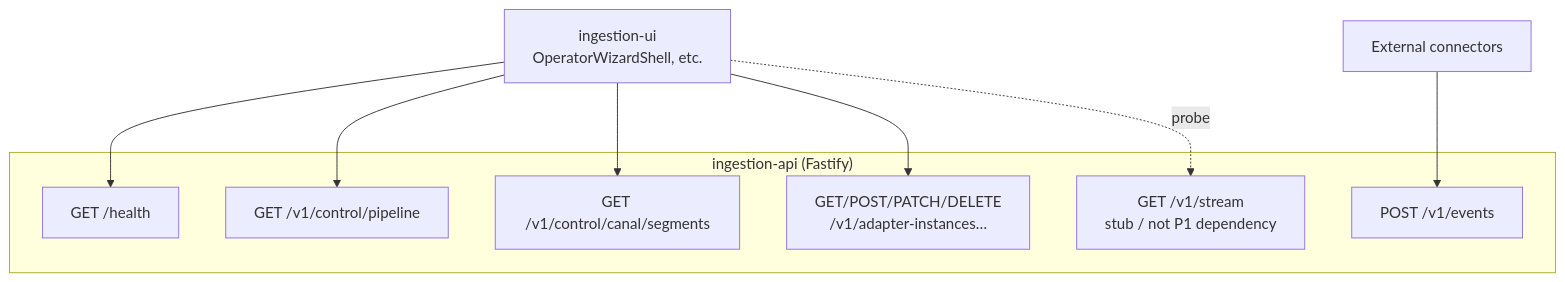
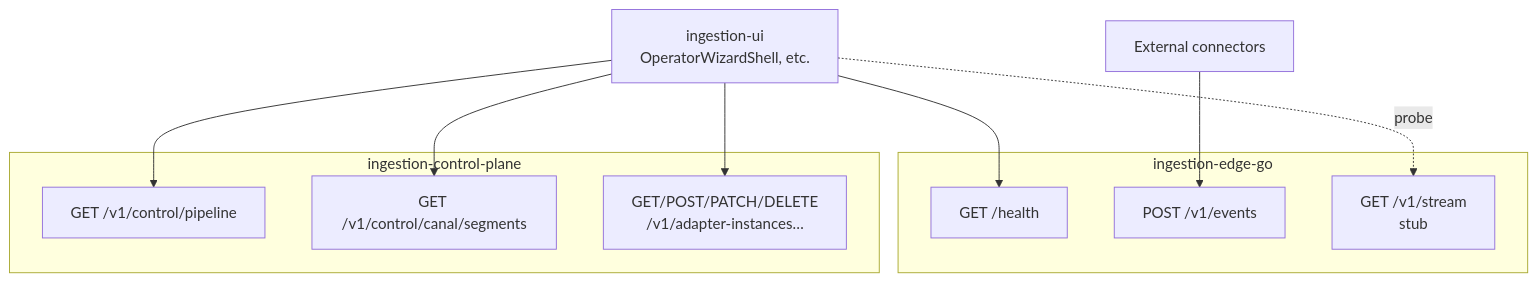
Before and after one commit to BernardoCSACarreira/canal: the fourth of 6 diagrams in docs/architecture/diagrams.md, drawn with Mermaid. The commit also changed other lines of this file and 2 other files, not shown here.

First line of the commit message:
docs(CAN-69): architecture reflects Go+Python split as default

````diff
--- a/docs/architecture/diagrams.md
+++ b/docs/architecture/diagrams.md
@@ -111,21 +112,24 @@
 ```mermaid
 flowchart TB
   UI["ingestion-ui\nOperatorWizardShell, etc."]
   Conn2["External connectors"]
 
-  subgraph TSAPI["ingestion-api (Fastify)"]
+  subgraph GoEdge["ingestion-edge-go"]
     H["GET /health"]
+    E["POST /v1/events"]
+    ST["GET /v1/stream\nstub"]
+  end
+
+  subgraph CP["ingestion-control-plane"]
     P["GET /v1/control/pipeline"]
     S["GET /v1/control/canal/segments"]
     L["GET/POST/PATCH/DELETE\n/v1/adapter-instances…"]
-    E["POST /v1/events"]
-    ST["GET /v1/stream\nstub / not P1 dependency"]
   end
 
   UI --> H
   UI --> P
   UI --> S
   UI --> L
   UI -. probe .-> ST
   Conn2 --> E
 ```
````
